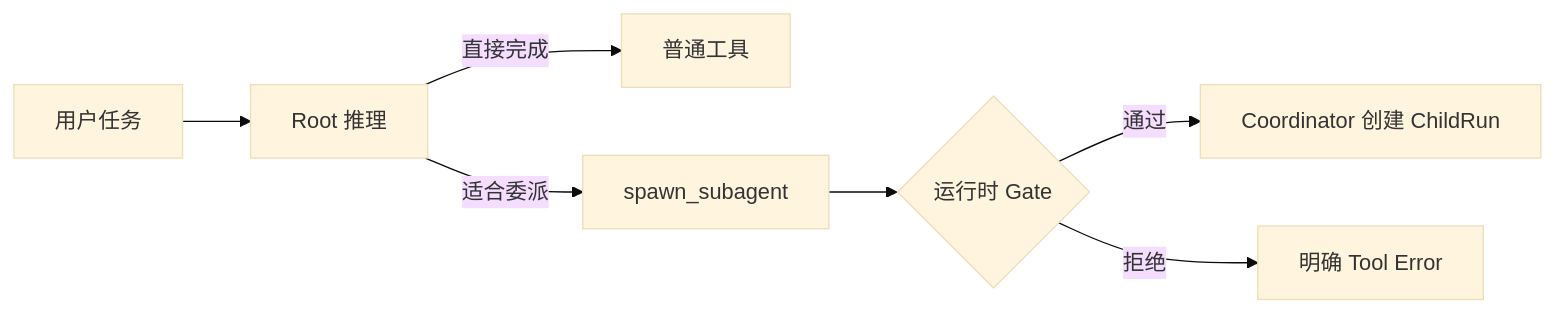
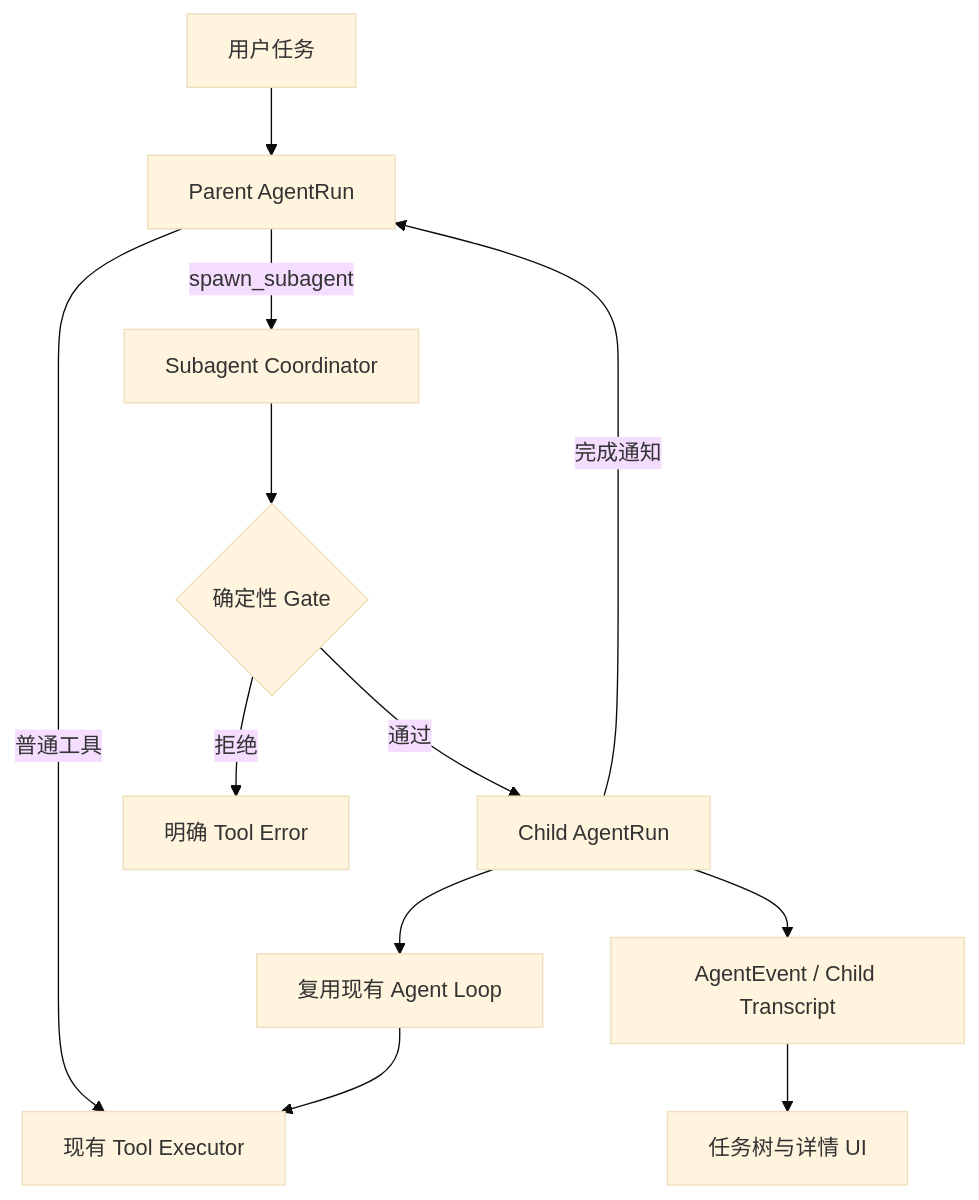
Before and after one commit to siuming-qiu/web-cursor: the diagram in docs/multi-agent-architecture.md, drawn with Mermaid (base theme). The commit also changed other lines of this file and 1 other file, not shown here.

First line of the commit message:
docs: update subagent architecture and remove benchmark log

````diff
--- a/docs/multi-agent-architecture.md
+++ b/docs/multi-agent-architecture.md
@@ -162,9 +153,14 @@
 ```mermaid
-flowchart LR
-    U["用户任务"] --> R["Root 推理"]
-    R -->|"直接完成"| T["普通工具"]
-    R -->|"适合委派"| S["spawn_subagent"]
-    S --> G{"运行时 Gate"}
-    G -->|"通过"| C["Coordinator 创建 ChildRun"]
+flowchart TD
+    U["用户任务"] --> P["Parent AgentRun"]
+    P -->|"普通工具"| T["现有 Tool Executor"]
+    P -->|"spawn_subagent"| C["Subagent Coordinator"]
+    C --> G{"确定性 Gate"}
     G -->|"拒绝"| E["明确 Tool Error"]
+    G -->|"通过"| R["Child AgentRun"]
+    R --> L["复用现有 Agent Loop"]
+    L --> T
+    R --> V["AgentEvent / Child Transcript"]
+    V --> UI["任务树与详情 UI"]
+    R -->|"完成通知"| P
 ```
````
